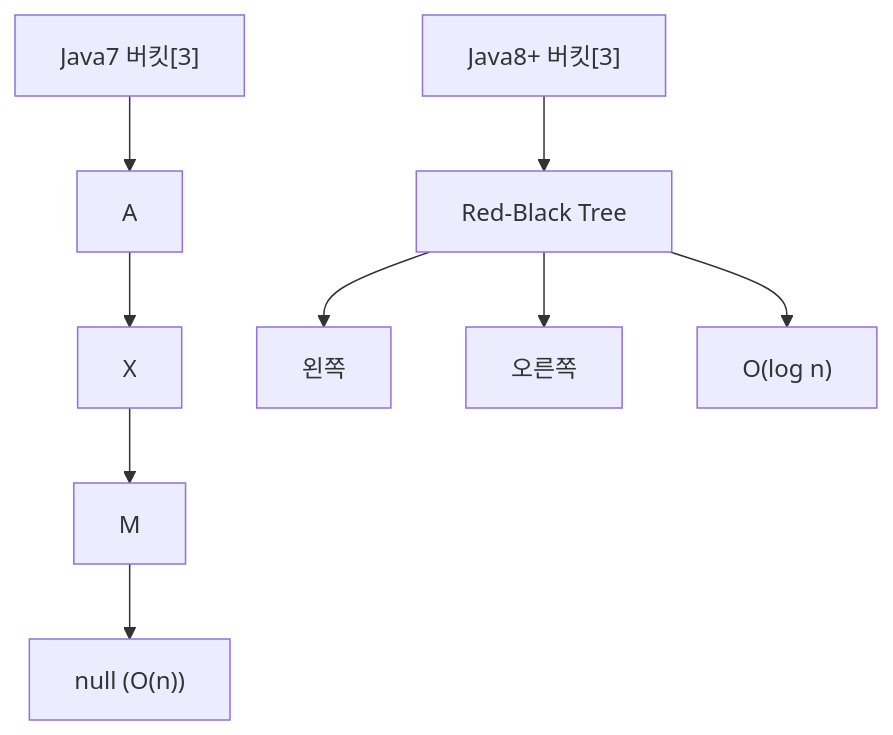
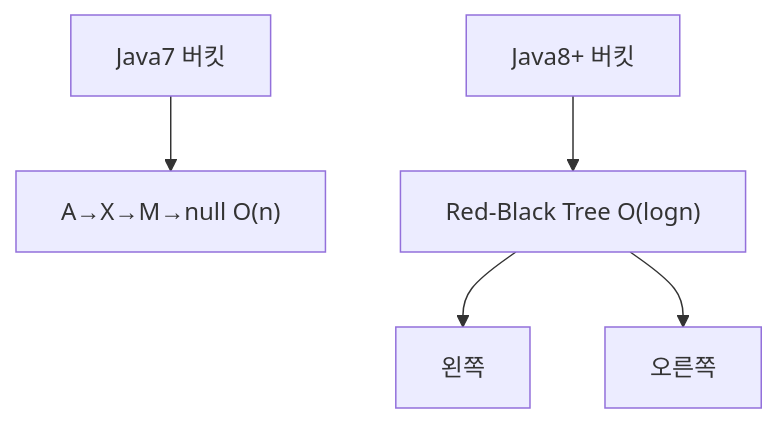
One commit to yjkim2015/yjkim2015.github.io changed the seventh of 21 diagrams in _posts/java/2026-05-01-java-collections.md. Above: the diagram before and after it, drawn with Mermaid. The commit also changed other lines of this file and 155 other files, not shown here.

First line of the commit message:
Mermaid 전면 수정: subgraph 제거, participant/노드/줄수 축소 (342블록)

````diff
--- a/_posts/java/2026-05-01-java-collections.md
+++ b/_posts/java/2026-05-01-java-collections.md
@@ -307,6 +307,6 @@
 ```mermaid
 graph TD
-    B3A["Java7 버킷[3]"] --> NA["A"] --> NX["X"] --> NM["M"] --> NULL1["null (O(n))"]
-    B3B["Java8+ 버킷[3]"] --> TREE["Red-Black Tree"] --> L["왼쪽"] & R["오른쪽"]
-    TREE --> NOTE2["O(log n)"]
+    B3A["Java7 버킷"] --> NA["A→X→M→null O(n)"]
+    B3B["Java8+ 버킷"] --> TREE["Red-Black Tree O(logn)"]
+    TREE --> L["왼쪽"] & R["오른쪽"]
 ```
````
